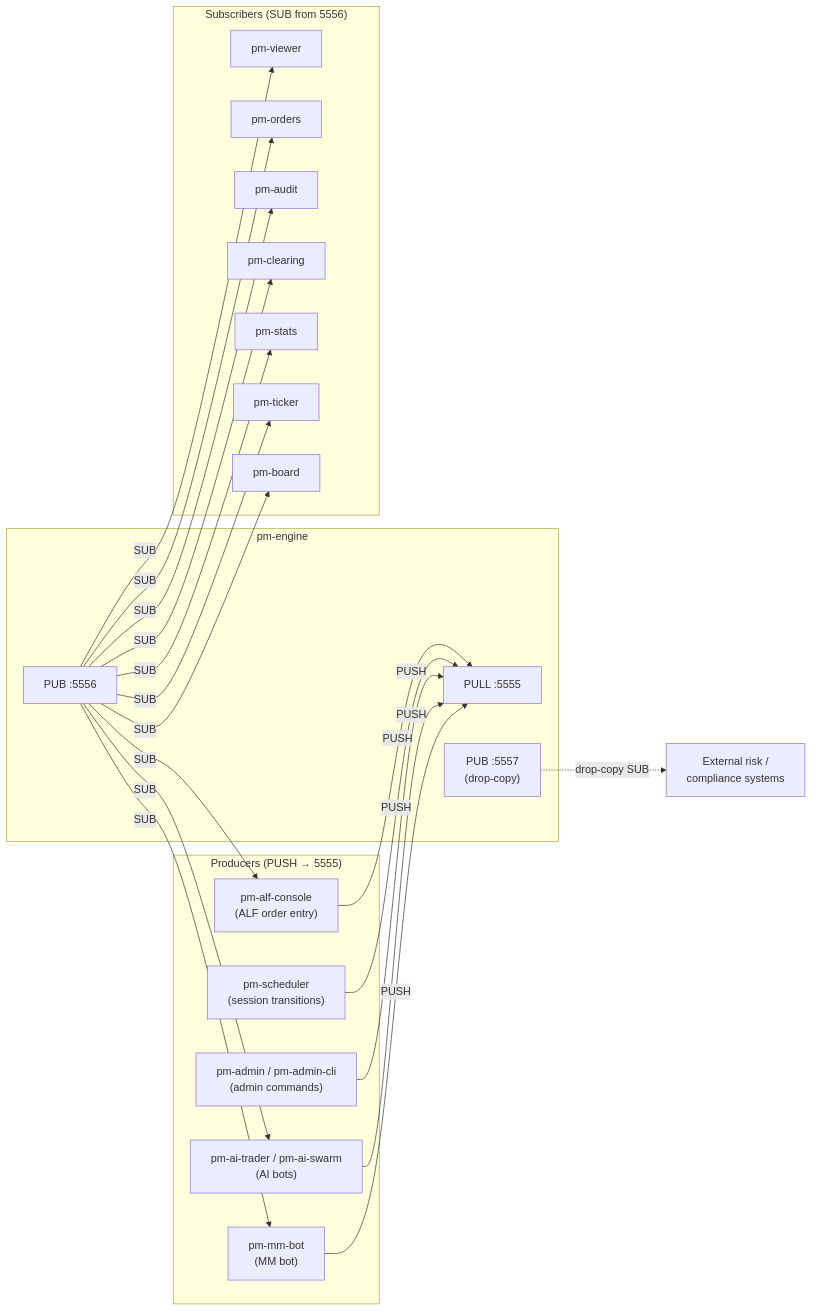
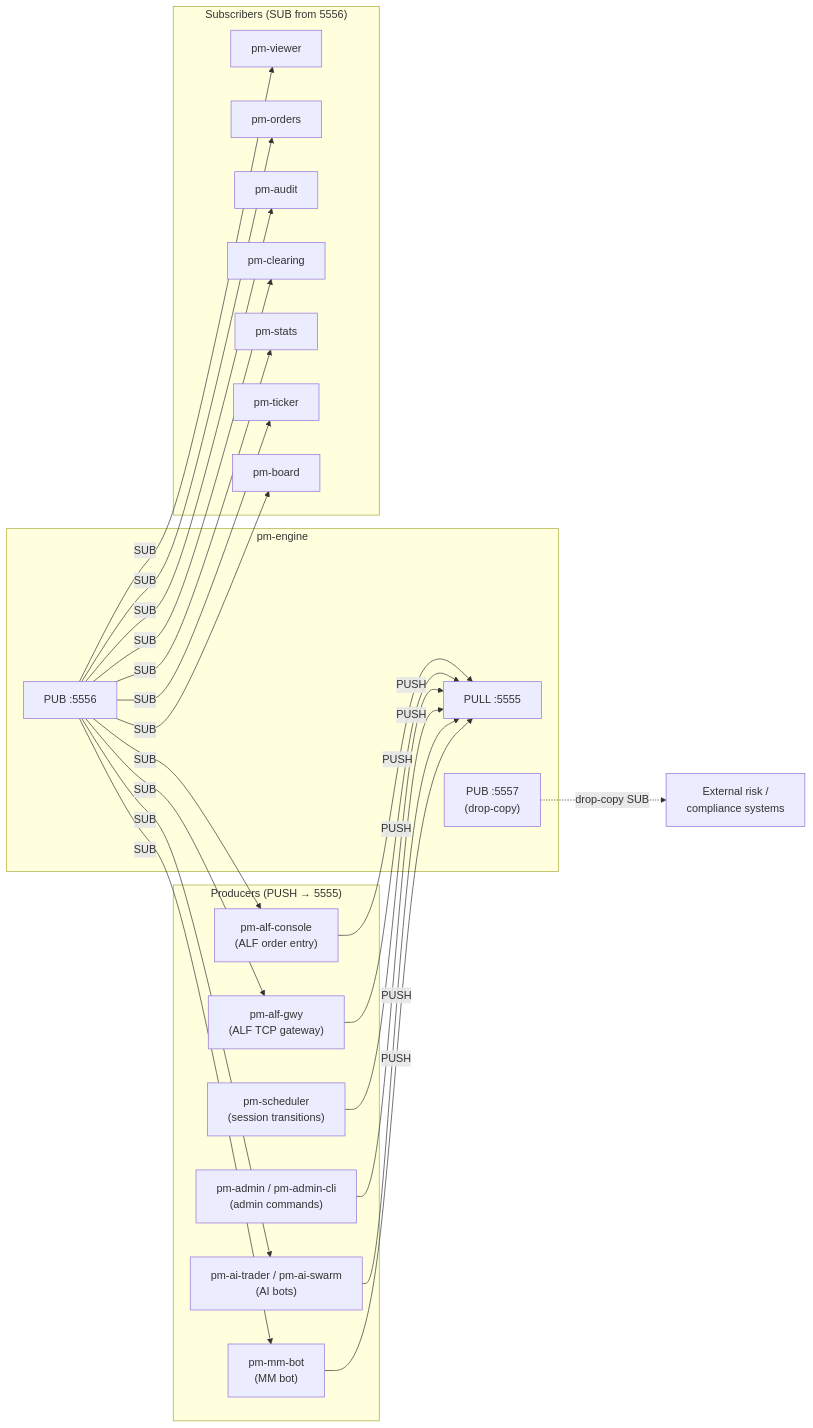
The first of 2 diagrams in docs/user-guide/10-processes.md (johan162/EduMatcher), drawn with Mermaid before and after one commit. The commit also changed other lines of this file and 24 other files, not shown here.

Commit message:
Added new ALF Protocol Gwy and documentation for external connections

````diff
--- a/docs/user-guide/10-processes.md
+++ b/docs/user-guide/10-processes.md
@@ -37,43 +37,46 @@
 ```mermaid
 flowchart LR
     subgraph producers["Producers (PUSH → 5555)"]
         GW["pm-alf-console\n(ALF order entry)"]
+        ALFGWY["pm-alf-gwy\n(ALF TCP gateway)"]
         SCH["pm-scheduler\n(session transitions)"]
         ADM["pm-admin / pm-admin-cli\n(admin commands)"]
         AI["pm-ai-trader / pm-ai-swarm\n(AI bots)"]
         MMB["pm-mm-bot\n(MM bot)"]
     end
 
     subgraph engine["pm-engine"]
         PULL["PULL :5555"]
         PUB["PUB :5556"]
         DC["PUB :5557\n(drop-copy)"]
     end
 
     subgraph subscribers["Subscribers (SUB from 5556)"]
         VW["pm-viewer"]
         ORD["pm-orders"]
         AUD["pm-audit"]
         CLR["pm-clearing"]
         STS["pm-stats"]
         TKR["pm-ticker"]
         BRD["pm-board"]
     end
 
     GW -->|PUSH| PULL
+    ALFGWY -->|PUSH| PULL
     SCH -->|PUSH| PULL
     ADM -->|PUSH| PULL
     AI -->|PUSH| PULL
     MMB -->|PUSH| PULL
     PUB -->|SUB| GW
+    PUB -->|SUB| ALFGWY
     PUB -->|SUB| VW
     PUB -->|SUB| ORD
     PUB -->|SUB| AUD
     PUB -->|SUB| CLR
     PUB -->|SUB| STS
     PUB -->|SUB| TKR
     PUB -->|SUB| BRD
     PUB -->|SUB| AI
     PUB -->|SUB| MMB
     DC -.->|drop-copy SUB| EXT["External risk /\ncompliance systems"]
 ```
````
